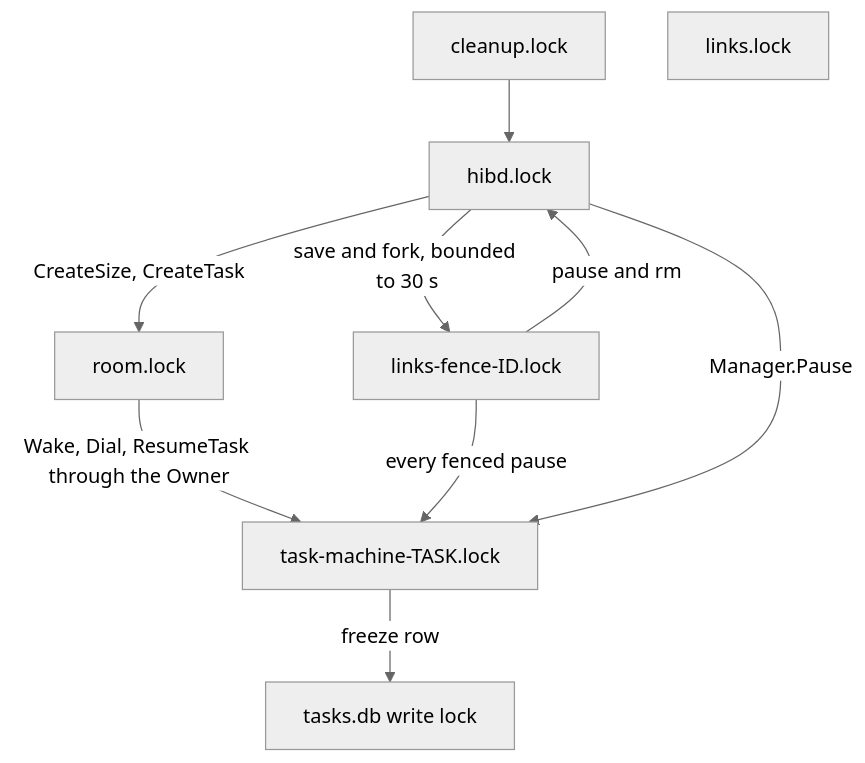
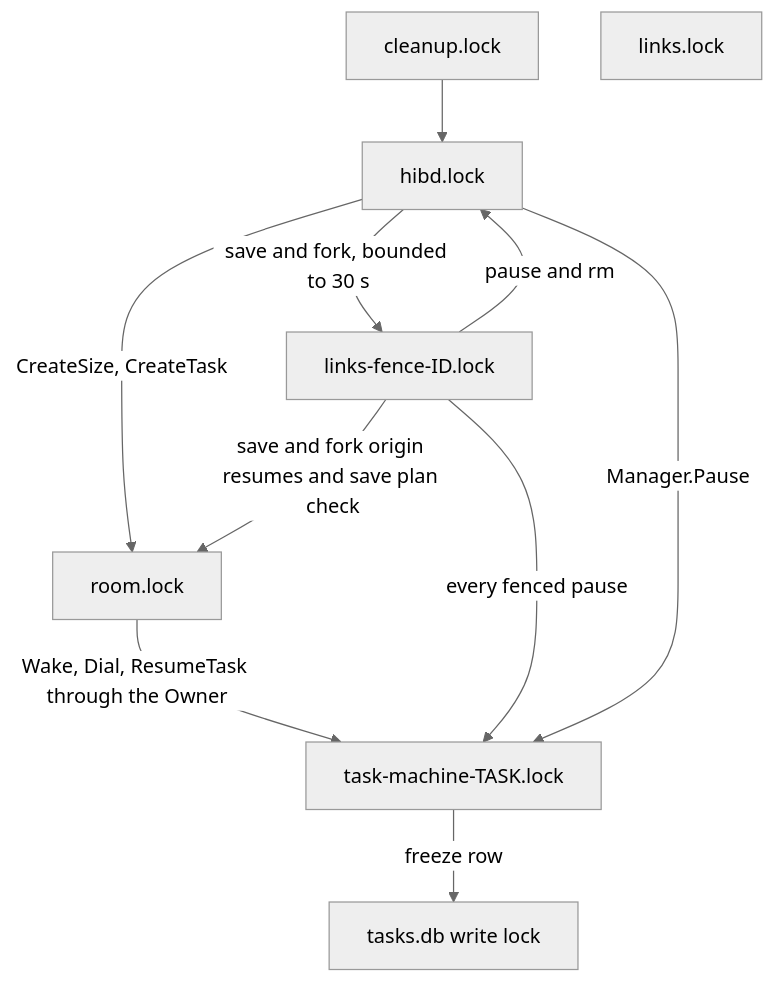
Before and after one commit to solev/hibernaut: the fourth of 4 diagrams in SKETCH.md, drawn with Mermaid (neutral theme). The commit also changed other lines of this file and 21 other files, not shown here.

````diff
--- a/SKETCH.md
+++ b/SKETCH.md
@@ -576,12 +576,13 @@
 ```mermaid
 flowchart TD
     CL["cleanup.lock"] --> HL["hibd.lock"]
     FE["links-fence-ID.lock"] -->|"pause and rm"| HL
     HL -->|"save and fork, bounded to 30 s"| FE
     HL -->|"CreateSize, CreateTask"| RL["room.lock"]
+    FE -->|"save and fork origin resumes and save plan check"| RL
     RL -->|"Wake, Dial, ResumeTask through the Owner"| TM["task-machine-TASK.lock"]
     FE -->|"every fenced pause"| TM
     HL -->|"Manager.Pause"| TM
     TM -->|"freeze row"| DB["tasks.db write lock"]
     LL["links.lock"]
 ```
````
